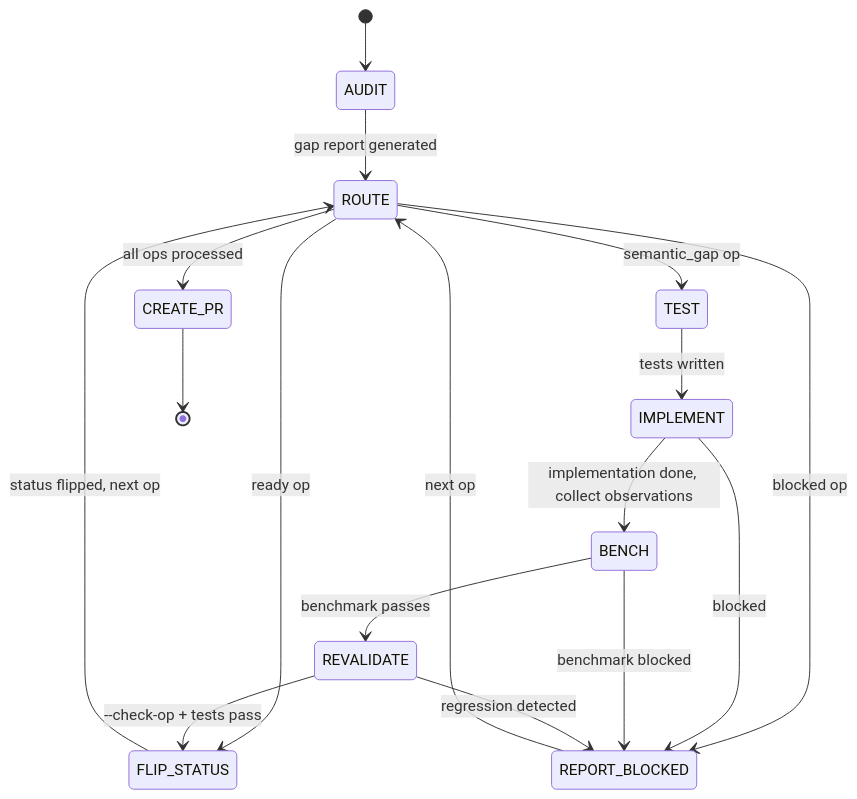
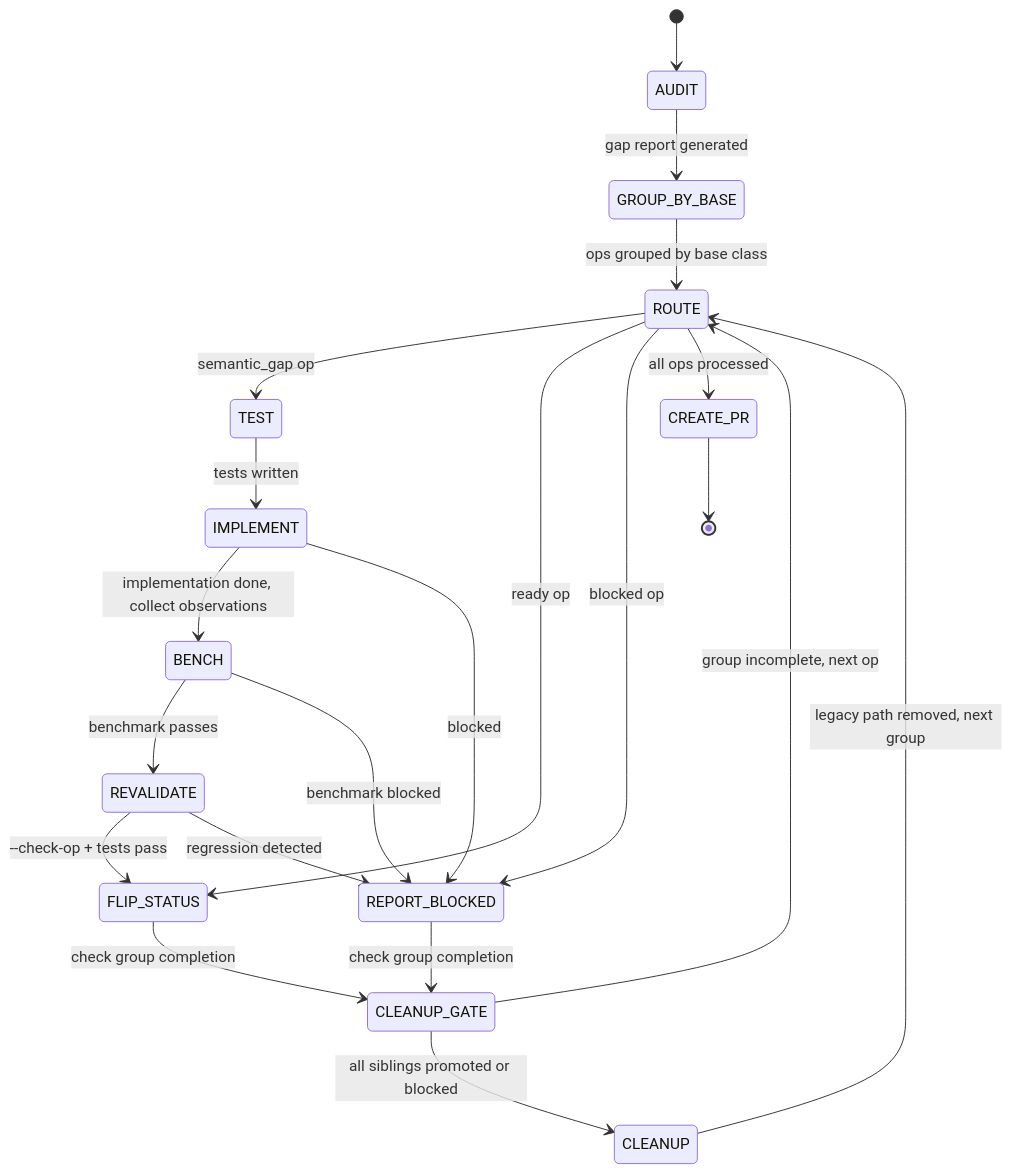
Before and after one commit to tile-ai/TileOPs: the diagram in .claude/skills/spec-pipeline/SKILL.md, drawn with Mermaid. The commit also changed other lines of this file and 3 other files, not shown here.

First line of the commit message:
[Chore][Manifest] Add cleanup gate and orchestrator discipline to spec skills (#784)

````diff
--- a/.claude/skills/spec-pipeline/SKILL.md
+++ b/.claude/skills/spec-pipeline/SKILL.md
@@ -24,19 +24,23 @@
 ```mermaid
 stateDiagram-v2
     [*] --> AUDIT
-    AUDIT --> ROUTE: gap report generated
+    AUDIT --> GROUP_BY_BASE: gap report generated
+    GROUP_BY_BASE --> ROUTE: ops grouped by base class
     ROUTE --> TEST: semantic_gap op
     ROUTE --> FLIP_STATUS: ready op
     ROUTE --> REPORT_BLOCKED: blocked op
     TEST --> IMPLEMENT: tests written
     IMPLEMENT --> BENCH: implementation done, collect observations
     IMPLEMENT --> REPORT_BLOCKED: blocked
     BENCH --> REVALIDATE: benchmark passes
     BENCH --> REPORT_BLOCKED: benchmark blocked
     REVALIDATE --> FLIP_STATUS: --check-op + tests pass
     REVALIDATE --> REPORT_BLOCKED: regression detected
-    FLIP_STATUS --> ROUTE: status flipped, next op
-    REPORT_BLOCKED --> ROUTE: next op
+    FLIP_STATUS --> CLEANUP_GATE: check group completion
+    REPORT_BLOCKED --> CLEANUP_GATE: check group completion
+    CLEANUP_GATE --> ROUTE: group incomplete, next op
+    CLEANUP_GATE --> CLEANUP: all siblings promoted or blocked
+    CLEANUP --> ROUTE: legacy path removed, next group
     ROUTE --> CREATE_PR: all ops processed
     CREATE_PR --> [*]
 ```
````
